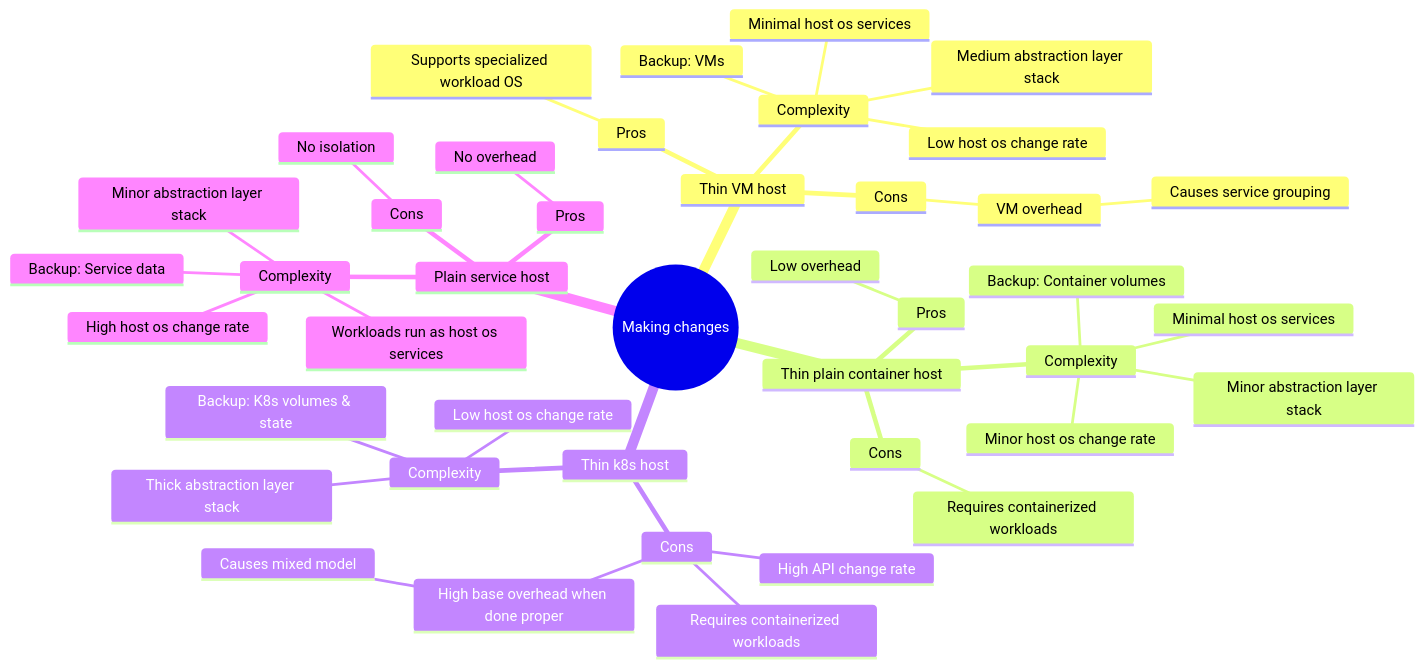
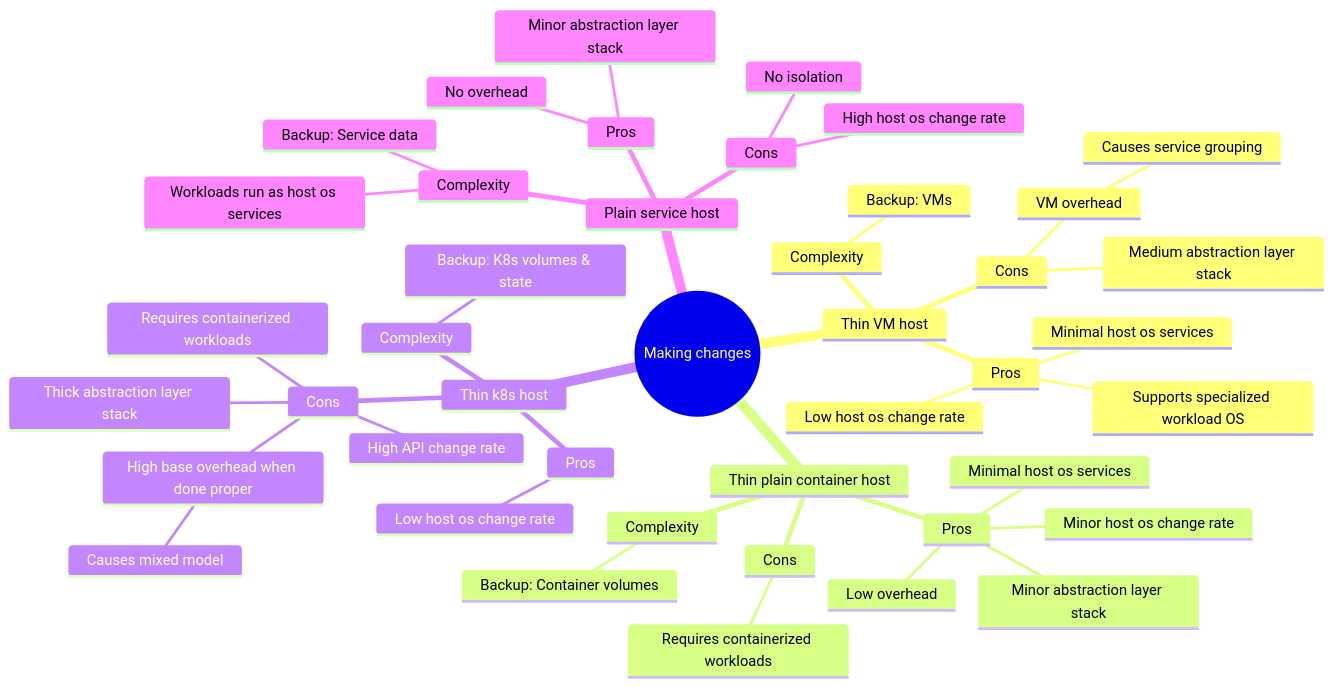
The second of 3 diagrams in docs/homelab.md (esselius/setup), drawn with Mermaid before and after one commit. The commit also changed other lines of this file and 4 other files, not shown here.

````diff
--- a/docs/homelab.md
+++ b/docs/homelab.md
@@ -71,46 +70,47 @@
 ```mermaid
 mindmap
   root((Making changes))
     Thin VM host
       Complexity
-        Low host os change rate
-        Minimal host os services
-        Medium abstraction layer stack
         Backup: VMs
       Cons
         VM overhead
           Causes service grouping
+        Medium abstraction layer stack
       Pros
+        Minimal host os services
+        Low host os change rate
         Supports specialized workload OS
     Thin plain container host
       Complexity
+        Backup: Container volumes
+      Pros
         Minor host os change rate
         Minimal host os services
         Minor abstraction layer stack
-        Backup: Container volumes
-      Pros
         Low overhead
       Cons
         Requires containerized workloads
     Thin k8s host
       Complexity
-        Low host os change rate
-        Thick abstraction layer stack
         Backup: K8s volumes & state
       Cons
         High base overhead when done proper
           Causes mixed model
         Requires containerized workloads
         High API change rate
+        Thick abstraction layer stack
+      Pros
+        Low host os change rate
     Plain service host
       Complexity
-        High host os change rate
         Workloads run as host os services
-        Minor abstraction layer stack
         Backup: Service data
       Pros
+        Minor abstraction layer stack
         No overhead
       Cons
+        High host os change rate
         No isolation
     
 ```
````
